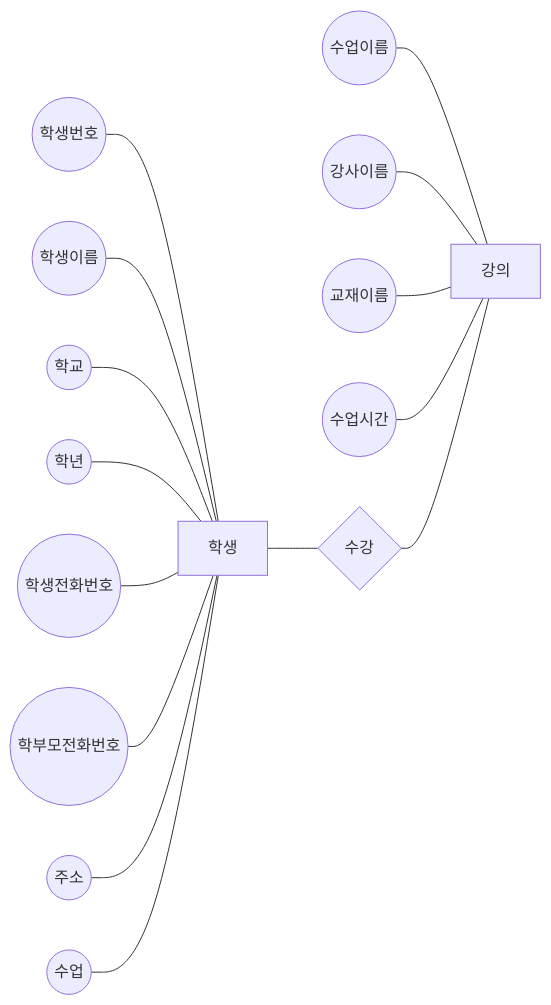
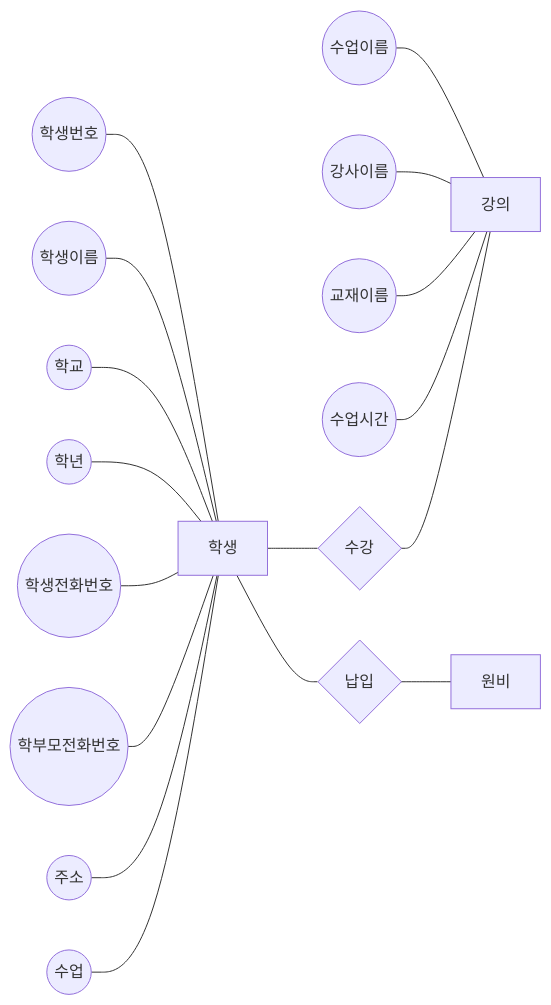
Before and after one commit to HYUUUNAKIM/DB_project: the second of 2 diagrams in README(키 설명 추가).md, drawn with Mermaid.

Commit message:
Update README(키 설명 추가).md

````diff
--- a/README(키 설명 추가).md
+++ b/README(키 설명 추가).md
@@ -180,17 +180,19 @@
 ```mermaid
 graph LR
 A((학생번호))---S[학생]
 B((학생이름))---S[학생]
 C((학교))---S[학생]
 D((학년))---S[학생]
 E((학생전화번호))---S[학생]
 F((학부모전화번호))---S[학생]
 G((주소))---S[학생]
 H((수업))---S[학생]
 I((수업이름))---L[강의]
 K((강사이름))---L[강의]
 M((교재이름))---L[강의]
 N((수업시간))---L[강의]
 S---J{수강}
 J---L[강의]
+S---P{납입}
+P---p[원비]
 ```
````
